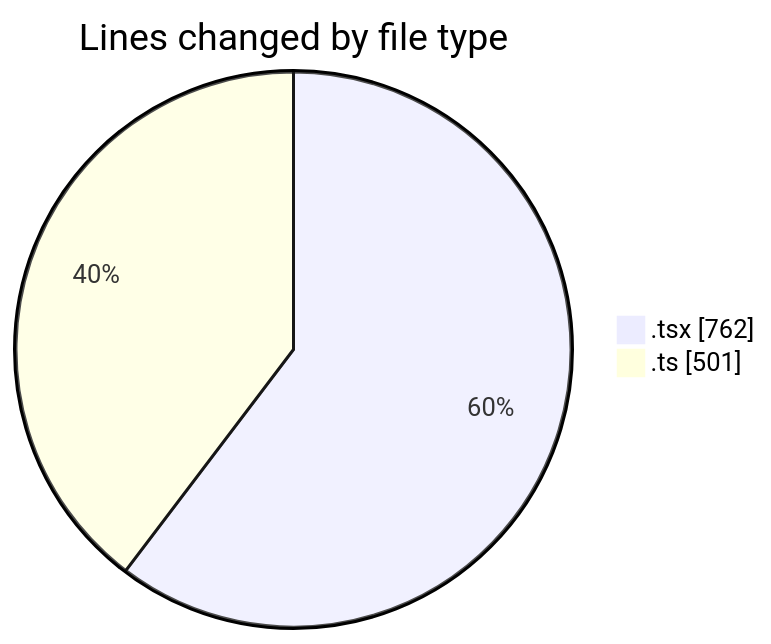
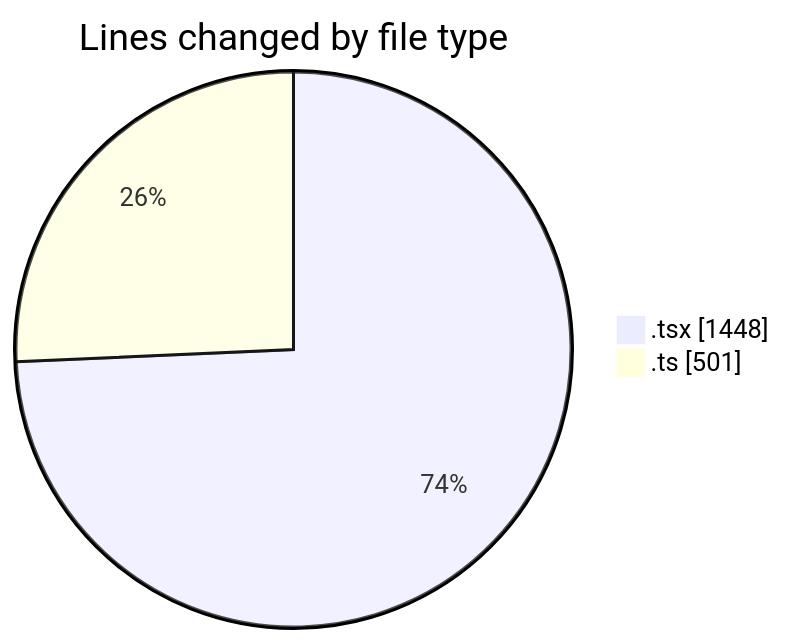
The first of 2 diagrams in 2025-05-20/mbc-web/README.md (robertbonfada/code-tracking), drawn with Mermaid before and after one commit. The commit also changed other lines of this file and 1 other file, not shown here.

````diff
--- a/2025-05-20/mbc-web/README.md
+++ b/2025-05-20/mbc-web/README.md
@@ -26,6 +27,6 @@
 ```mermaid
 pie showData
 title Lines changed by file type
-".tsx" : 762
+".tsx" : 1448
 ".ts" : 501
 ```
````
